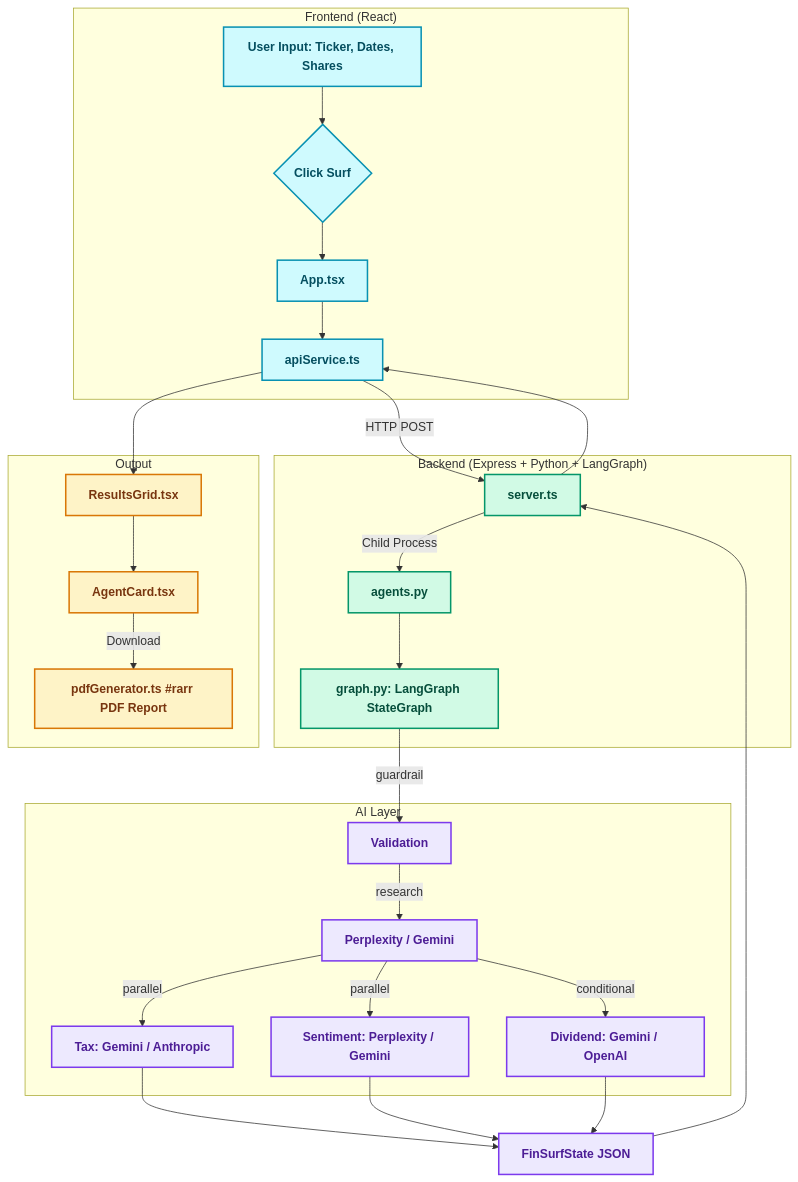
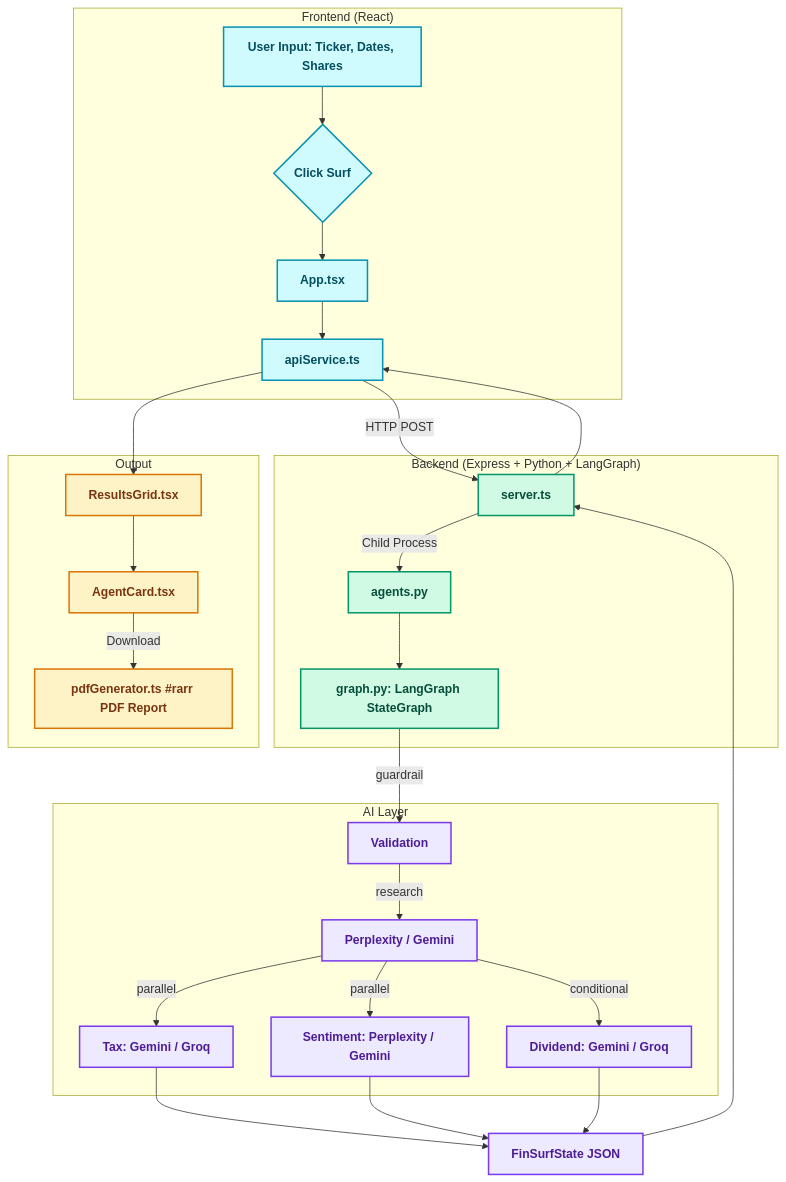
Before and after one commit to sachined/FinSurf: the diagram in README.md, drawn with Mermaid. The commit also changed other lines of this file and 2 other files, not shown here.

````diff
--- a/README.md
+++ b/README.md
@@ -57,44 +57,44 @@
 ```mermaid
 graph TD
     classDef fe fill:#cffafe,stroke:#0891b2,stroke-width:2px,color:#044e5f,font-weight:bold;
     classDef be fill:#d1fae5,stroke:#059669,stroke-width:2px,color:#064e3b,font-weight:bold;
     classDef ai fill:#ede9fe,stroke:#7c3aed,stroke-width:2px,color:#4c1d95,font-weight:bold;
     classDef ui fill:#fef3c7,stroke:#d97706,stroke-width:2px,color:#78350f,font-weight:bold;
 
     subgraph FE["Frontend (React)"]
         A[User Input: Ticker, Dates, Shares] --> B{Click Surf}
         B --> C[App.tsx]
         C --> D[apiService.ts]
     end
 
     subgraph BE["Backend (Express + Python + LangGraph)"]
         D -->|HTTP POST| E[server.ts]
         E -->|Child Process| F[agents.py]
         F --> G[graph.py: LangGraph StateGraph]
     end
 
     subgraph AL["AI Layer"]
         G -->|guardrail| GA[Validation]
         GA -->|research| GB[Perplexity / Gemini]
-        GB -->|parallel| GC[Tax: Gemini / Anthropic]
+        GB -->|parallel| GC[Tax: Gemini / Groq]
         GB -->|parallel| GD[Sentiment: Perplexity / Gemini]
-        GB -->|conditional| GE[Dividend: Gemini / OpenAI]
+        GB -->|conditional| GE[Dividend: Gemini / Groq]
     end
 
     GC --> J[FinSurfState JSON]
     GD --> J
     GE --> J
     J --> E
     E --> D
 
     subgraph UI["Output"]
         D --> K[ResultsGrid.tsx]
         K --> L[AgentCard.tsx]
         L -->|Download| M[pdfGenerator.ts #rarr PDF Report]
     end
 
     class A,B,C,D fe;
     class E,F,G be;
     class GA,GB,GC,GD,GE,J ai;
     class K,L,M ui;
 ```
````
